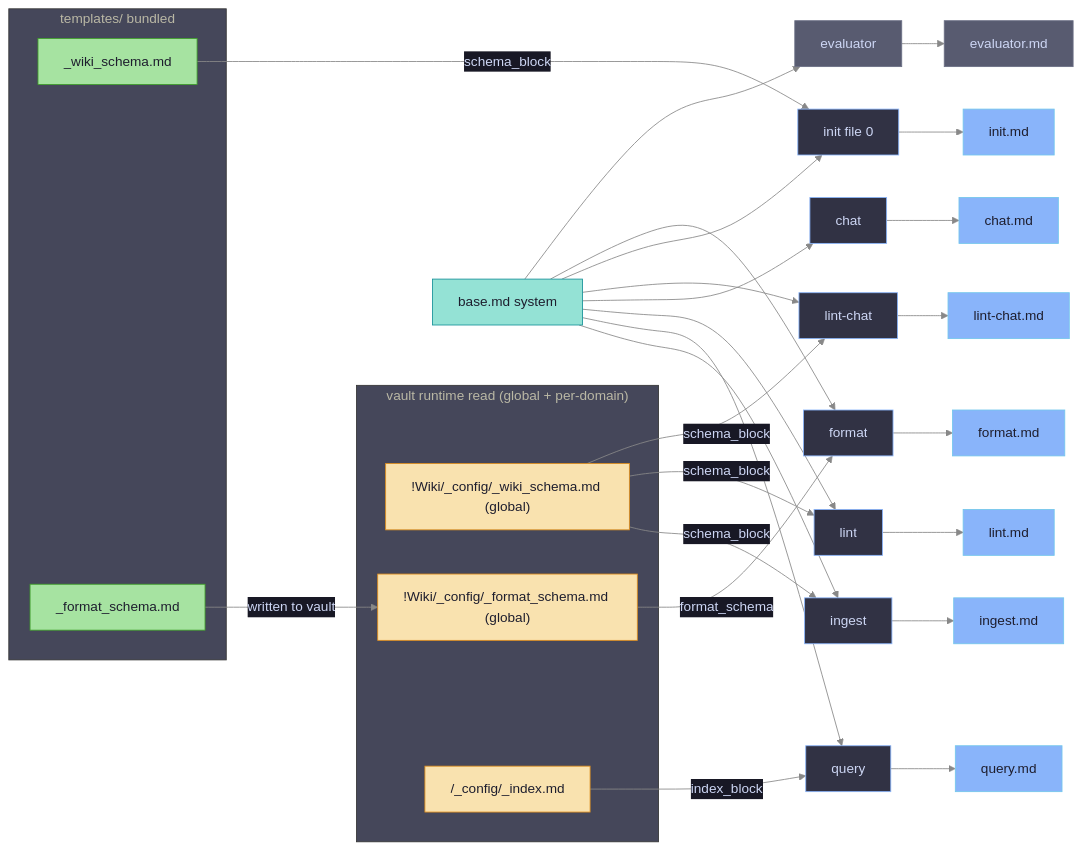
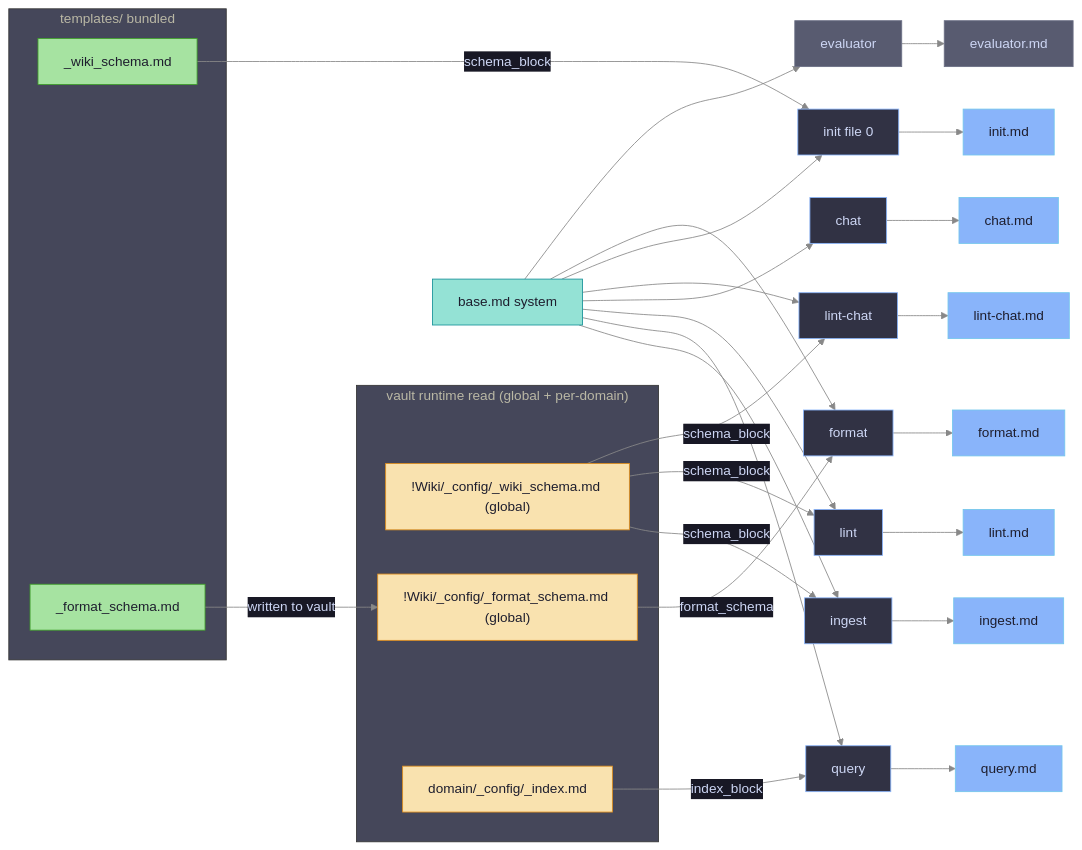
Before and after one commit to ikeniborn/obsidian-ai-wiki: the third of 5 diagrams in docs/prompt-architecture.md, drawn with Mermaid. The commit also changed other lines of this file, not shown here.

Commit message:
docs: update prompt-architecture — query naming, diagram clarifications, lint-chat

````diff
--- a/docs/prompt-architecture.md
+++ b/docs/prompt-architecture.md
@@ -108,55 +108,55 @@
 ```mermaid
 %%{init: {'theme': 'base', 'themeVariables': {'background': '#1e1e2e', 'primaryColor': '#313244', 'primaryTextColor': '#cdd6f4', 'primaryBorderColor': '#89b4fa', 'lineColor': '#888888', 'secondaryColor': '#181825', 'tertiaryColor': '#45475a'}}}%%
 flowchart LR
     subgraph tmpl["templates/ bundled"]
         WIKI_SCHEMA["_wiki_schema.md"]
         FMT_SCHEMA["_format_schema.md"]
     end
 
     subgraph vault["vault runtime read (global + per-domain)"]
         V_WIKI["!Wiki/_config/_wiki_schema.md (global)"]
         V_FMT["!Wiki/_config/_format_schema.md (global)"]
-        V_IDX["<domain>/_config/_index.md"]
+        V_IDX["domain/_config/_index.md"]
     end
 
     BASE["base.md system"]
 
     BASE --> PI2
     BASE --> PQ2
     BASE --> PL2
     BASE --> PC2
     BASE --> PLC2
     BASE --> PIN2a
     BASE --> PF2
     BASE --> PE2
 
     PI2["ingest"] --> INGEST["ingest.md"]
     PQ2["query"] --> QUERY["query.md"]
     PL2["lint"] --> LINT["lint.md"]
     PC2["chat"] --> CHAT["chat.md"]
     PLC2["lint-chat"] --> LINTCHAT["lint-chat.md"]
     PIN2a["init file 0"] --> INIT["init.md"]
     PF2["format"] --> FORMAT["format.md"]
 
     PE2["evaluator"] --> EVAL["evaluator.md"]
 
     V_WIKI -->|schema_block| PI2
     V_WIKI -->|schema_block| PL2
     V_WIKI -->|schema_block| PLC2
     V_IDX  -->|index_block| PQ2
     V_FMT  -->|format_schema| PF2
 
     WIKI_SCHEMA -->|schema_block| PIN2a
     FMT_SCHEMA  -->|"written to vault"| V_FMT
 
     classDef prompt  fill:#89b4fa,color:#1e1e2e,stroke:#74c7ec
     classDef tmplcls fill:#a6e3a1,color:#1e1e2e,stroke:#40a02b
     classDef vaultcls fill:#f9e2af,color:#1e1e2e,stroke:#df8e1d
     classDef base    fill:#94e2d5,color:#1e1e2e,stroke:#179299
     classDef dev     fill:#585b70,color:#cdd6f4,stroke:#6c7086
     class INGEST,QUERY,LINT,CHAT,LINTCHAT,INIT,FORMAT prompt
     class WIKI_SCHEMA,FMT_SCHEMA tmplcls
     class V_WIKI,V_FMT,V_IDX vaultcls
     class BASE base
     class PE2,EVAL dev
 ```
````
